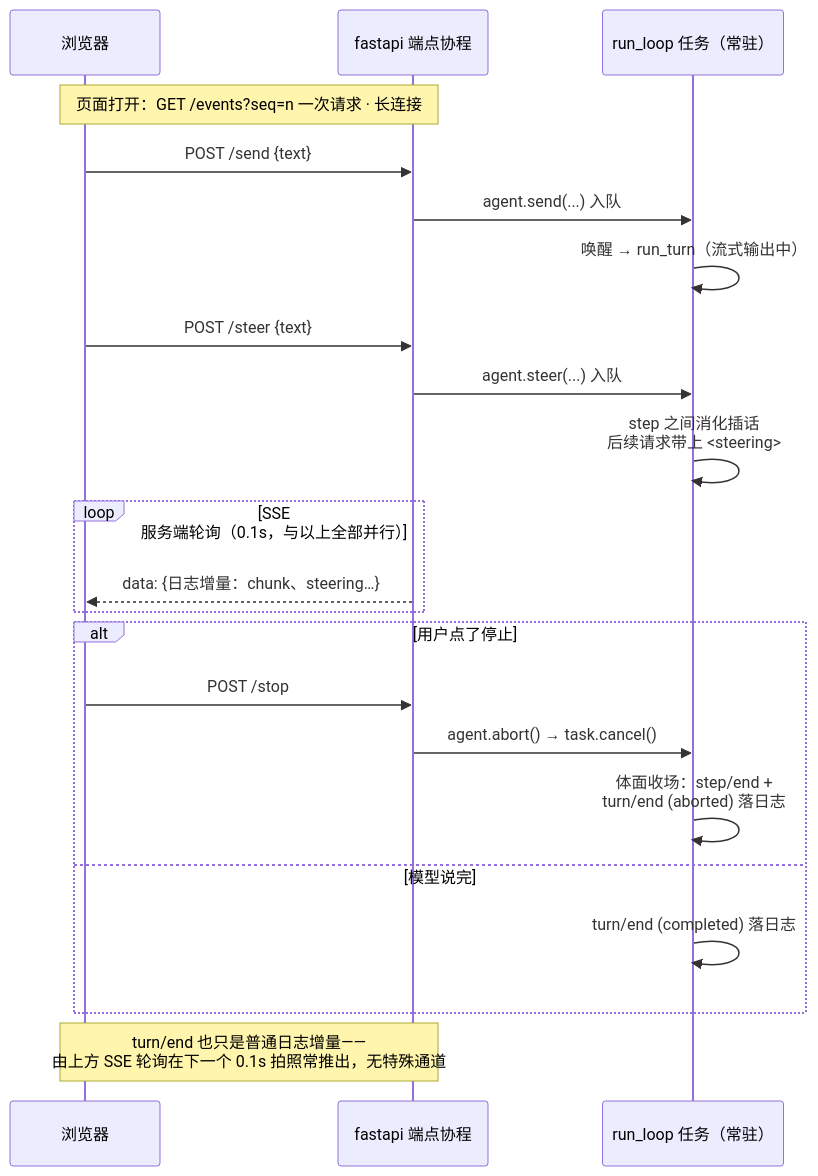
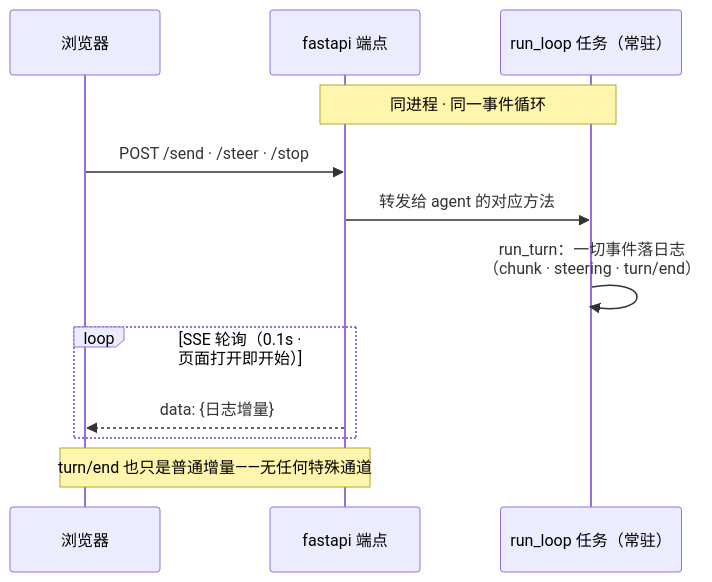
The diagram in notes/M2/04-事件日志的脸面Web-UI.md (jesongit/learn-dsh), drawn with Mermaid before and after one commit. The commit also changed other lines of this file and 2 other files, not shown here.

Commit message:
docs(M2-04): 时序图简化——命令三合一（细节归 M2-02/03 教材）；随带 demos 小改

````diff
--- a/notes/M2/04-事件日志的脸面Web-UI.md
+++ b/notes/M2/04-事件日志的脸面Web-UI.md
@@ -34,25 +34,15 @@
 ```mermaid
 %%{init: {"fontFamily": "Microsoft YaHei"}}%%
 sequenceDiagram
     participant B as 浏览器
-    participant F as fastapi 端点协程
+    participant F as fastapi 端点
     participant L as run_loop 任务（常驻）
-    Note over B,F: 页面打开：GET /events?seq=n 一次请求 · 长连接
-    B->>F: POST /send {text}
-    F->>L: agent.send(...) 入队
-    L->>L: 唤醒 → run_turn（流式输出中）
-    B->>F: POST /steer {text}
-    F->>L: agent.steer(...) 入队
-    L->>L: step 之间消化插话<br/>后续请求带上 <steering>
-    loop SSE 服务端轮询（0.1s，与以上全部并行）
-        F-->>B: data: {日志增量：chunk、steering…}
+    Note over F,L: 同进程 · 同一事件循环
+    B->>F: POST /send · /steer · /stop
+    F->>L: 转发给 agent 的对应方法
+    L->>L: run_turn：一切事件落日志<br/>（chunk · steering · turn/end）
+    loop SSE 轮询（0.1s · 页面打开即开始）
+        F-->>B: data: {日志增量}
     end
-    alt 用户点了停止
-        B->>F: POST /stop
-        F->>L: agent.abort() → task.cancel()
-        L->>L: 体面收场：step/end +<br/>turn/end (aborted) 落日志
-    else 模型说完
-        L->>L: turn/end (completed) 落日志
-    end
-    Note over F,B: turn/end 也只是普通日志增量——<br/>由上方 SSE 轮询在下一个 0.1s 拍照常推出，无特殊通道
+    Note over F,B: turn/end 也只是普通增量——无任何特殊通道
 ```
````
